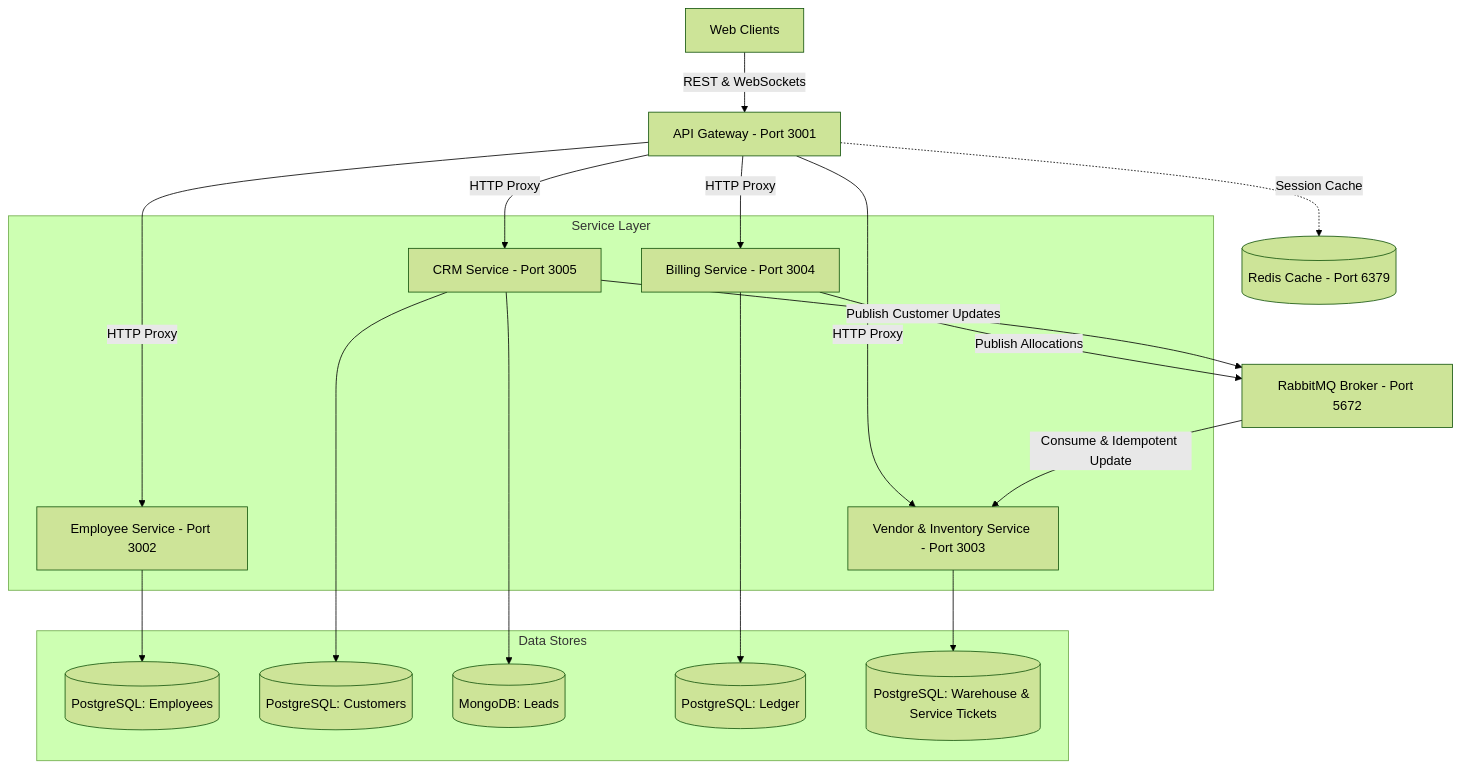
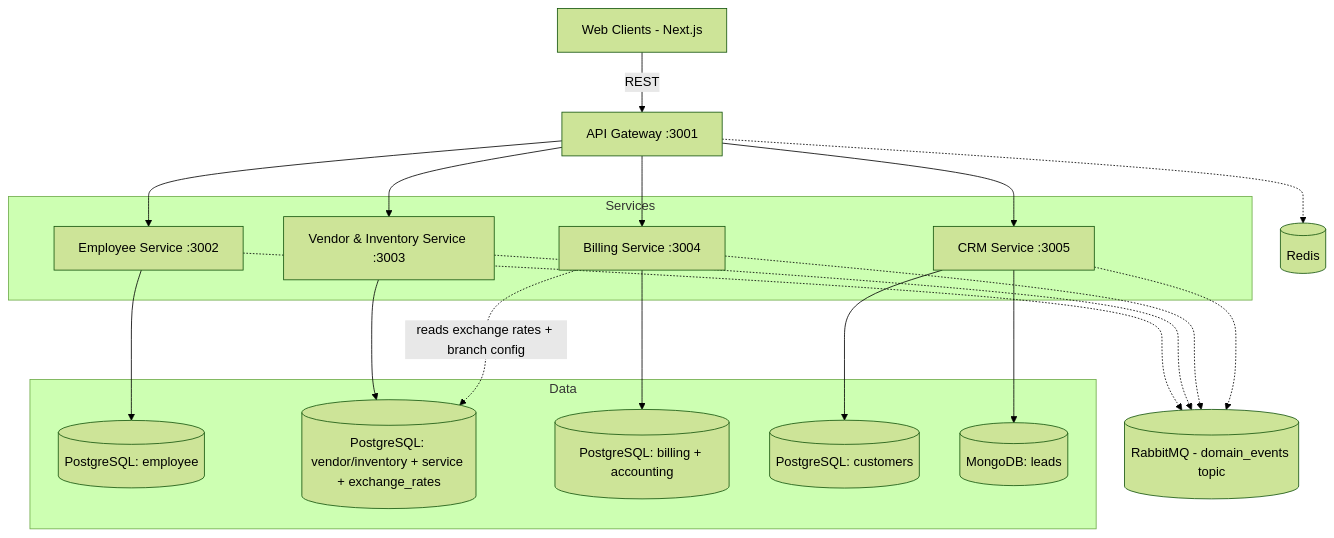
One commit to devxtra-community/xerocare changed the first of 2 diagrams in docs/XEROCARE_COMPLETE_DOCUMENTATION.md. Above: the diagram before and after it, drawn with Mermaid (forest theme). The commit also changed other lines of this file and 56 other files, not shown here.

````diff
--- a/docs/XEROCARE_COMPLETE_DOCUMENTATION.md
+++ b/docs/XEROCARE_COMPLETE_DOCUMENTATION.md
@@ -28,41 +50,33 @@
 ```mermaid
 graph TD
-    Client[Web Clients]
-    Gateway[API Gateway - Port 3001]
-    Redis[(Redis Cache - Port 6379)]
-    Rabbit[RabbitMQ Broker - Port 5672]
+    Client[Web Clients - Next.js]
+    Gateway[API Gateway :3001]
+    Redis[(Redis)]
+    Rabbit[(RabbitMQ - domain_events topic)]
 
-    subgraph Service Layer
-        EmpService[Employee Service - Port 3002]
-        CRMService[CRM Service - Port 3005]
-        BillService[Billing Service - Port 3004]
-        InvService[Vendor & Inventory Service - Port 3003]
+    subgraph Services
+        Emp[Employee Service :3002]
+        Inv[Vendor & Inventory Service :3003]
+        Bill[Billing Service :3004]
+        CRM[CRM Service :3005]
     end
 
-    subgraph Data Stores
-        EmpDB[(PostgreSQL: Employees)]
-        CRMDB_SQL[(PostgreSQL: Customers)]
-        CRMDB_NOSQL[(MongoDB: Leads)]
-        BillDB[(PostgreSQL: Ledger)]
-        InvDB[(PostgreSQL: Warehouse & Service Tickets)]
+    subgraph Data
+        EmpDB[(PostgreSQL: employee)]
+        InvDB[(PostgreSQL: vendor/inventory + service + exchange_rates)]
+        BillDB[(PostgreSQL: billing + accounting)]
+        CRMDB[(PostgreSQL: customers)]
+        Mongo[(MongoDB: leads)]
     end
 
-    Client -->|REST & WebSockets| Gateway
-    Gateway -->|HTTP Proxy| EmpService
-    Gateway -->|HTTP Proxy| CRMService
-    Gateway -->|HTTP Proxy| BillService
-    Gateway -->|HTTP Proxy| InvService
-    Gateway -.->|Session Cache| Redis
-
-    %% Events communication
-    BillService -->|Publish Allocations| Rabbit
-    Rabbit -->|Consume & Idempotent Update| InvService
-    CRMService -->|Publish Customer Updates| Rabbit
-
-    %% Databases
-    EmpService --> EmpDB
-    CRMService --> CRMDB_SQL
-    CRMService --> CRMDB_NOSQL
-    BillService --> BillDB
-    InvService --> InvDB
+    Client -->|REST| Gateway
+    Gateway --> Emp & Inv & Bill & CRM
+    Gateway -.-> Redis
+    Emp & Inv & Bill & CRM -.-> Rabbit
+    Emp --> EmpDB
+    Inv --> InvDB
+    Bill --> BillDB
+    Bill -.->|reads exchange rates + branch config| InvDB
+    CRM --> CRMDB
+    CRM --> Mongo
 ```
````
